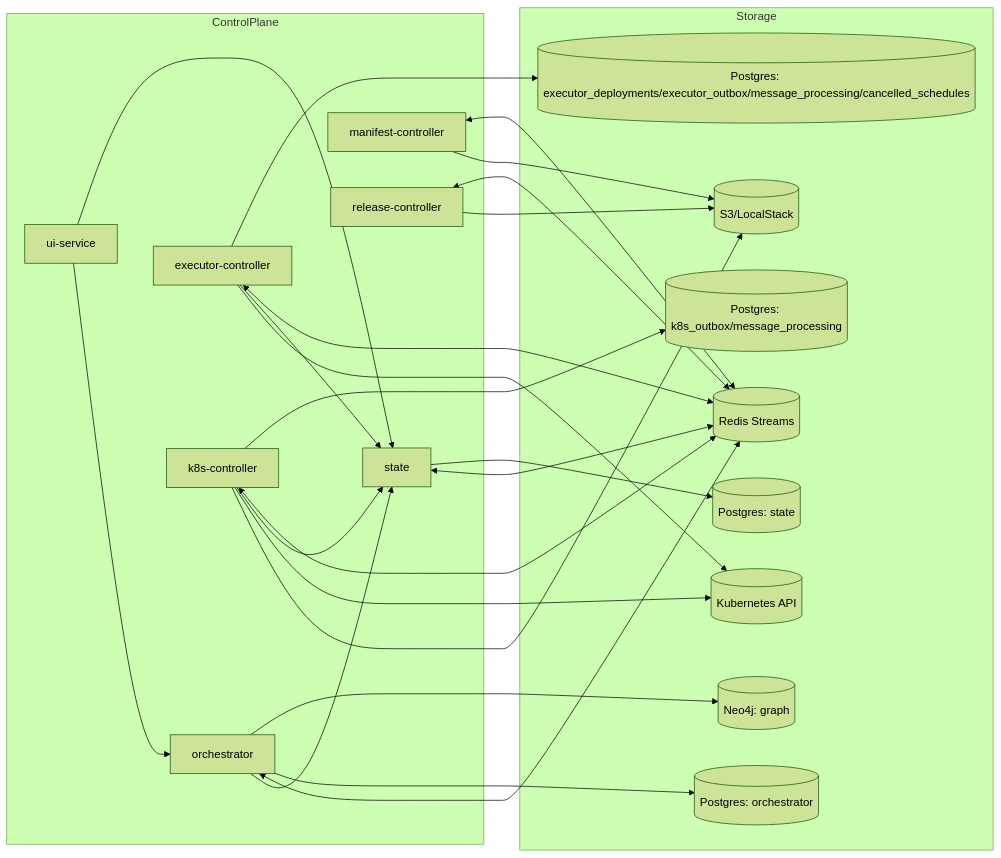
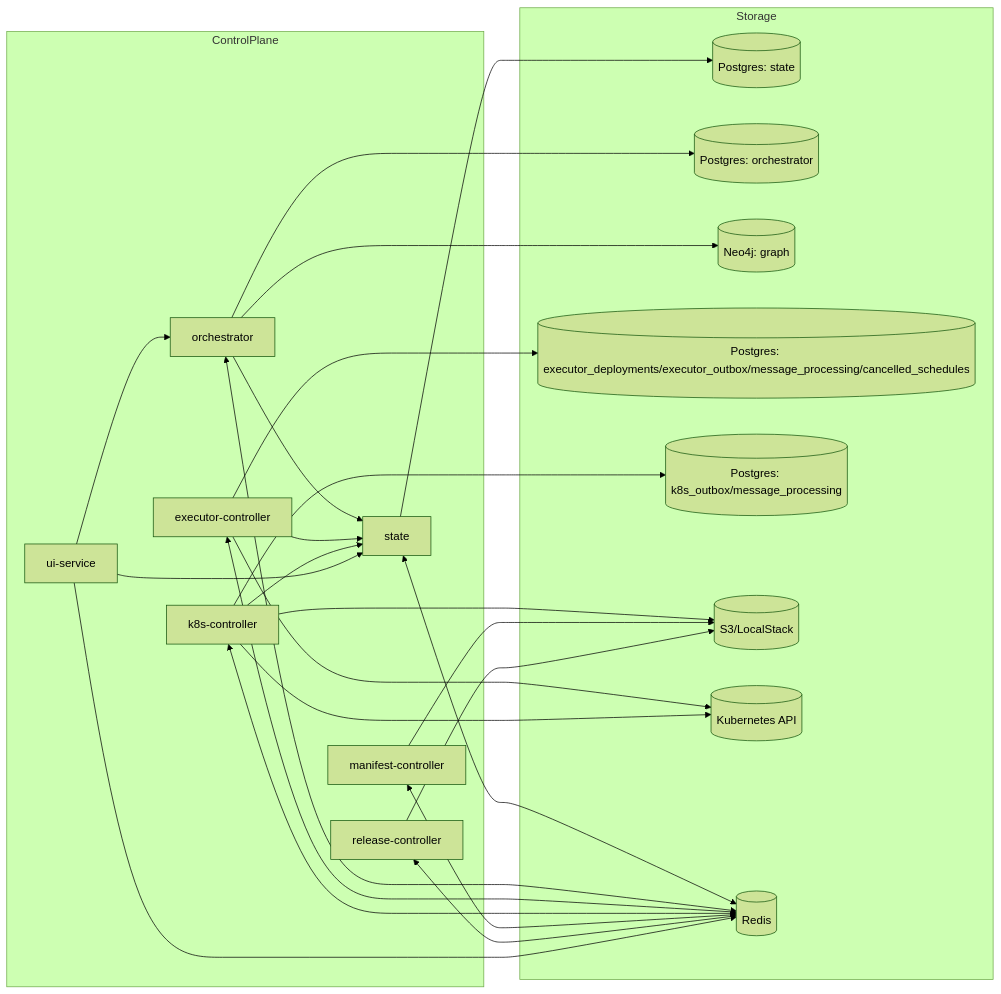
Before and after one commit to carolsimone/continuo: the first of 2 diagrams in docs/arch/01-topology.md, drawn with Mermaid (forest theme). The commit also changed other lines of this file and 46 other files, not shown here.

````diff
--- a/docs/arch/01-topology.md
+++ b/docs/arch/01-topology.md
@@ -5,48 +5,49 @@
 ```mermaid
 flowchart LR
   subgraph ControlPlane
     ST[state]
     OR[orchestrator]
     EC[executor-controller]
     KC[k8s-controller]
     MC[manifest-controller]
     RC[release-controller]
     UI[ui-service]
   end
 
   subgraph Storage
     STDB[(Postgres: state)]
     ORPG[(Postgres: orchestrator)]
     GRDB[(Neo4j: graph)]
     ECPG[(Postgres: executor_deployments/executor_outbox/message_processing/cancelled_schedules)]
     KCPG[(Postgres: k8s_outbox/message_processing)]
     S3[(S3/LocalStack)]
     K8S[(Kubernetes API)]
-    R[(Redis Streams)]
+    R[(Redis)]
   end
 
   ST --> STDB
   OR --> GRDB
   OR --> ORPG
   EC --> ECPG
   KC --> KCPG
 
   ST <--> R
   OR <--> R
   EC <--> R
   KC <--> R
   MC <--> R
   RC <--> R
+  UI --> R
 
   OR --> ST
   EC --> ST
   KC --> ST
   UI --> ST
   UI --> OR
 
   EC --> K8S
   KC --> K8S
   KC --> S3
   MC --> S3
   RC --> S3
 ```
````
